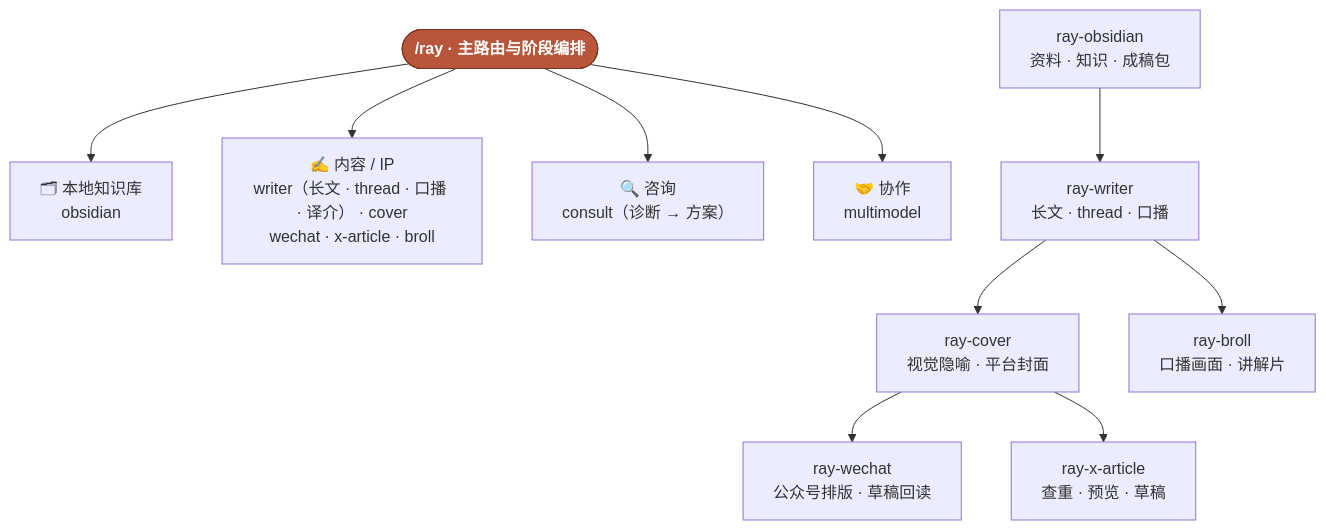
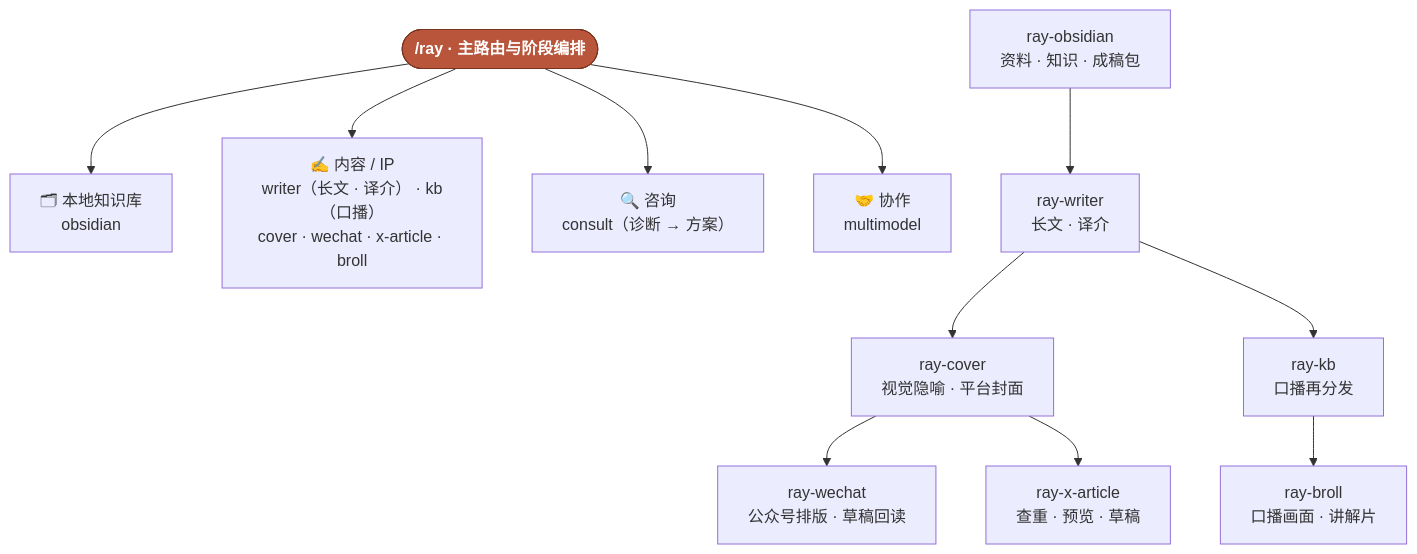
The diagram in README.md (imraywang/rayskills), drawn with Mermaid before and after one commit. The commit also changed other lines of this file and 15 other files, not shown here.

First line of the commit message:
ray-kb: 从 ray-writer 拆出口播再分发为独立 skill

````diff
--- a/README.md
+++ b/README.md
@@ -67,17 +66,18 @@
 ```mermaid
 flowchart TD
     RAY(["/ray · 主路由与阶段编排"]):::hub
 
     RAY --> KNOWLEDGE["🗂 本地知识库<br/>obsidian"]
-    RAY --> CONTENT["✍️ 内容 / IP<br/>writer（长文 · thread · 口播 · 译介） · cover<br/>wechat · x-article · broll"]
+    RAY --> CONTENT["✍️ 内容 / IP<br/>writer（长文 · 译介） · kb（口播）<br/>cover · wechat · x-article · broll"]
     RAY --> CONSULT["🔍 咨询<br/>consult（诊断 → 方案）"]
     RAY --> COLLAB["🤝 协作<br/>multimodel"]
 
-    OBSIDIAN["ray-obsidian<br/>资料 · 知识 · 成稿包"] --> WRITER["ray-writer<br/>长文 · thread · 口播"]
+    OBSIDIAN["ray-obsidian<br/>资料 · 知识 · 成稿包"] --> WRITER["ray-writer<br/>长文 · 译介"]
     WRITER --> COVER["ray-cover<br/>视觉隐喻 · 平台封面"]
-    WRITER --> BROLL["ray-broll<br/>口播画面 · 讲解片"]
+    WRITER --> KB["ray-kb<br/>口播再分发"]
+    KB --> BROLL["ray-broll<br/>口播画面 · 讲解片"]
     COVER --> WECHAT["ray-wechat<br/>公众号排版 · 草稿回读"]
     COVER --> XARTICLE["ray-x-article<br/>查重 · 预览 · 草稿"]
 
     classDef hub fill:#b8553a,stroke:#7a3320,color:#fff,font-weight:bold;
 ```
````
